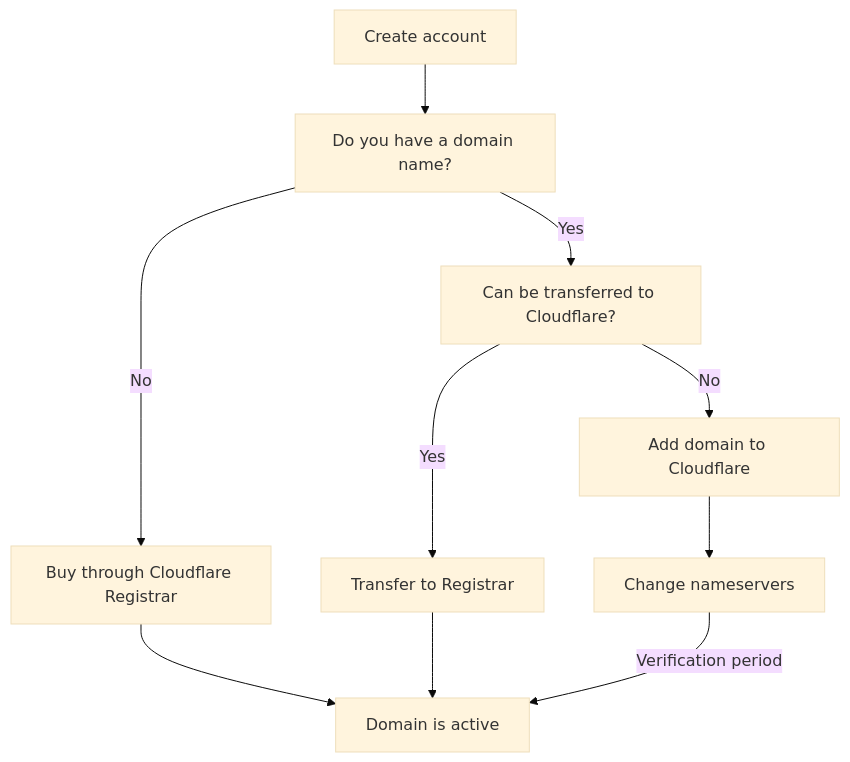
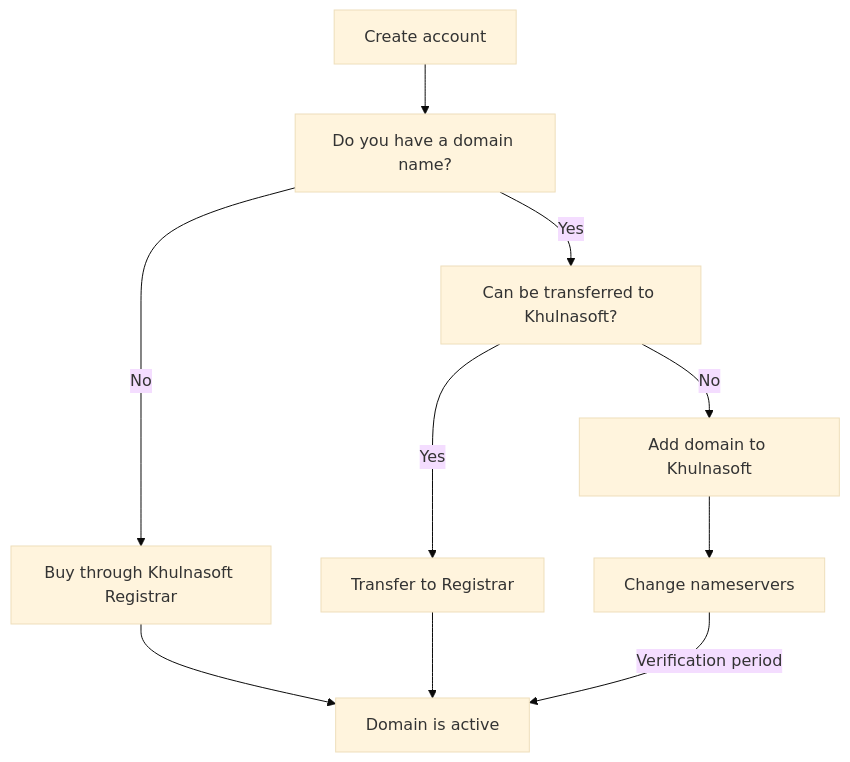
The diagram in content/learning-paths/get-started-free/onboarding/add-and-activate.md (NxPKG/khulnasoft-docs), drawn with Mermaid (base theme) before and after one commit. The commit also changed other lines of this file and 2914 other files, not shown here.

````diff
--- a/content/learning-paths/get-started-free/onboarding/add-and-activate.md
+++ b/content/learning-paths/get-started-free/onboarding/add-and-activate.md
@@ -14,13 +14,13 @@
 ```mermaid
 flowchart TD
-accTitle: Add and activate your domain at Cloudflare
+accTitle: Add and activate your domain at Khulnasoft
 H[Create account] --> A
-A[Do you have a domain name?] -- No --> B[Buy through Cloudflare Registrar]
+A[Do you have a domain name?] -- No --> B[Buy through Khulnasoft Registrar]
 B --> E[Domain is active]
-A -- Yes --> F[Can be transferred to Cloudflare?]
+A -- Yes --> F[Can be transferred to Khulnasoft?]
 F -- Yes --> G[Transfer to Registrar]
 G --> E
-F -- No --> C[Add domain to Cloudflare]
+F -- No --> C[Add domain to Khulnasoft]
 C --> D[Change nameservers]
 D --Verification period--> E
 ```
````
